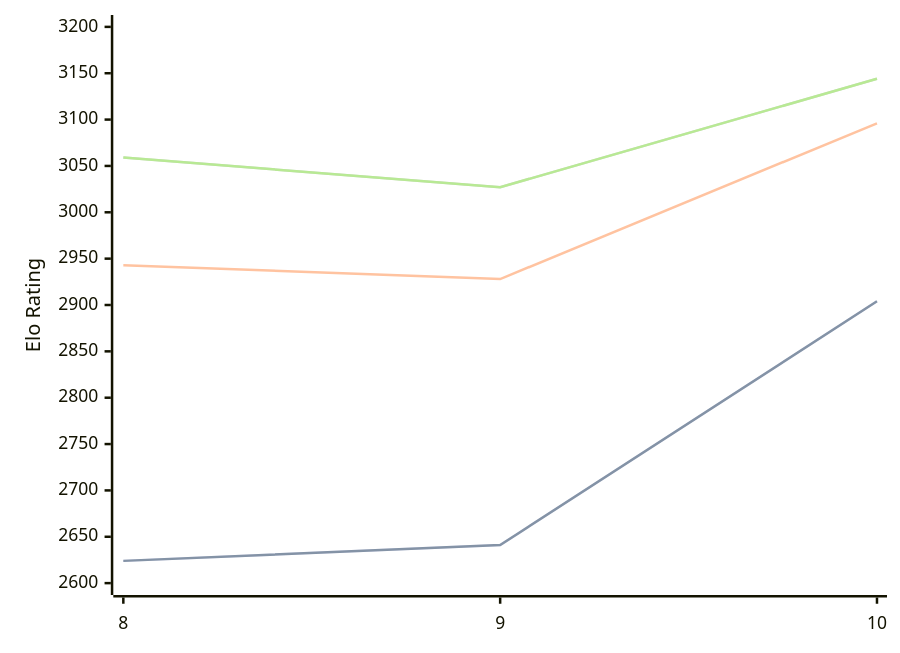
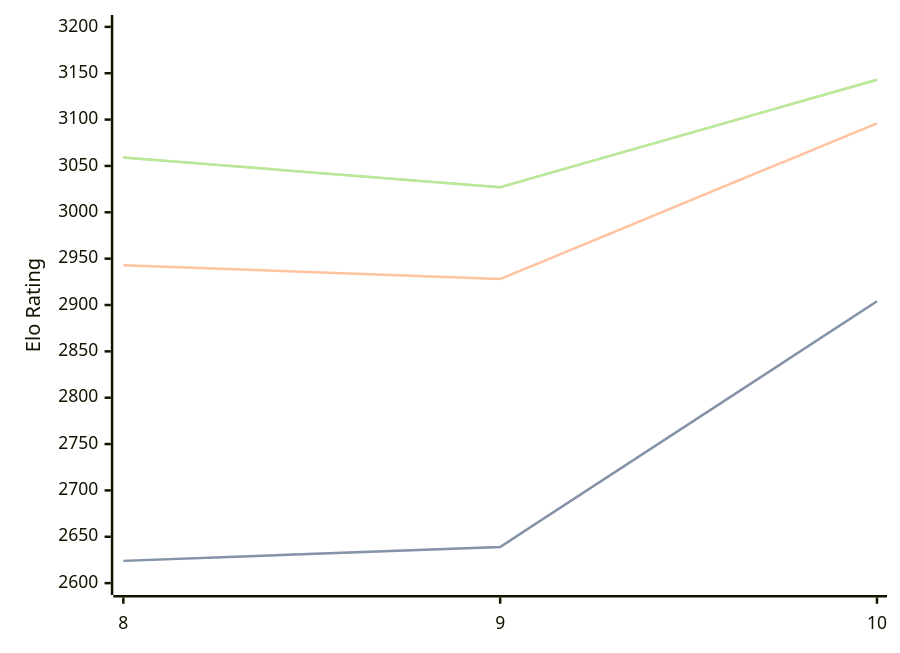
Before and after one commit to computer-chess-index/cci: the diagram in engines/Lozza.md, drawn with Mermaid. The commit also changed other lines of this file, not shown here.

Commit message:
Update CCI Ratings (ELO VLTC) - 2026-03-25

````diff
--- a/engines/Lozza.md
+++ b/engines/Lozza.md
@@ -41,11 +41,11 @@
 ```mermaid
 %%{init: {"theme":"base","themeVariables":{"seriesColors:['#a3a3a3','#222221','#faa371']}}}%%
 xychart-beta
   x-axis ["8", "9", "10"]
   y-axis "Elo Rating" 2600 --> 3200
-  line "STC (8.0+0.08s)" [2624, 2641, 2904]
-  line "STC (8.0+0.08s)" [2624, 2641, 2904]
+  line "STC (8.0+0.08s)" [2624, 2639, 2904]
+  line "STC (8.0+0.08s)" [2624, 2639, 2904]
   line "LTC (60.0+0.60s)" [2943, 2928, 3096]
-  line "VLTC (2m24s+1.12s)" [3059, 3027, 3144]
-  line "VLTC (2m24s+1.12s)" [3059, 3027, 3144]
+  line "VLTC (2m24s+1.12s)" [3059, 3027, 3143]
+  line "VLTC (2m24s+1.12s)" [3059, 3027, 3143]
 ```
````
